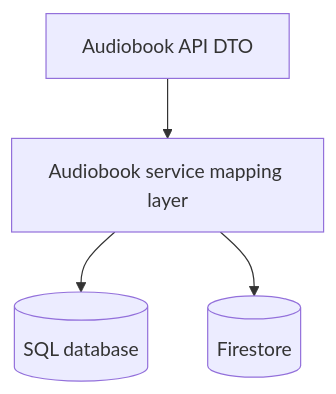
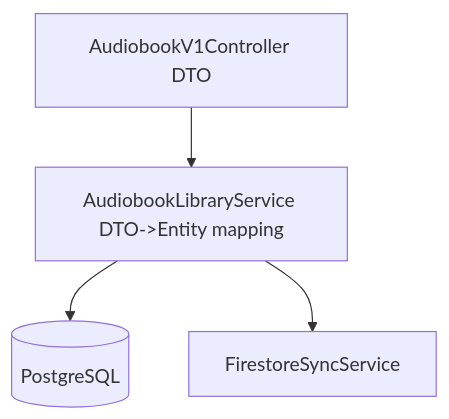
Before and after one commit to audio-automation-project/docs: the diagram in features/dto-catalog-and-mapping.md, drawn with Mermaid. The commit also changed other lines of this file, not shown here.

Commit message:
docs: align dto catalog examples with task spec
Made-with: Cursor

````diff
--- a/features/dto-catalog-and-mapping.md
+++ b/features/dto-catalog-and-mapping.md
@@ -42,11 +42,6 @@
 ```mermaid
 graph TD
-  API[Audiobook API DTO]
-  SVC[Audiobook service mapping layer]
-  SQL[(SQL database)]
-  FS[(Firestore)]
-
-  API --> SVC
-  SVC --> SQL
-  SVC --> FS
+  API[AudiobookV1Controller DTO] --> SVC[AudiobookLibraryService DTO->Entity mapping]
+  SVC --> SQL[(PostgreSQL)]
+  SVC --> FS[FirestoreSyncService]
 ```
````
